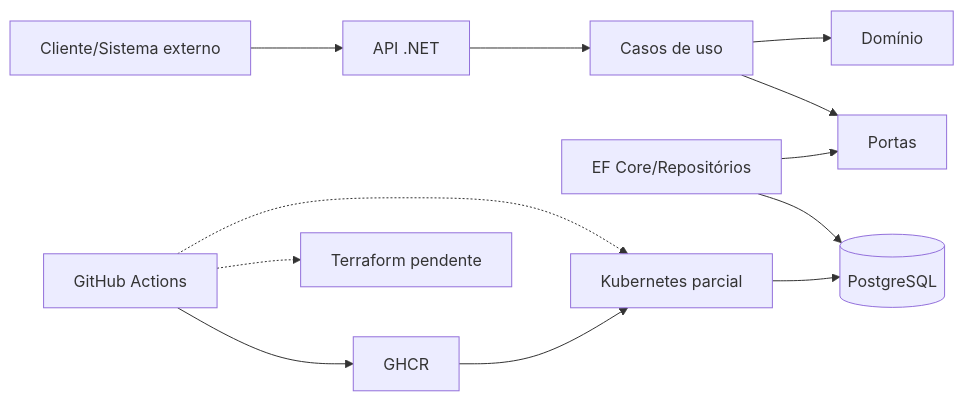
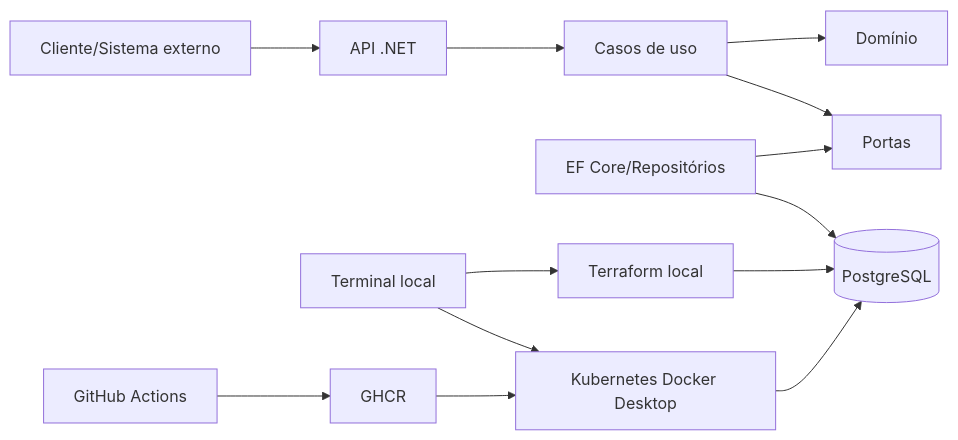
The diagram in docs/entrega-fase-2.md (louistx/fiap-tech-challenge), drawn with Mermaid before and after one commit. The commit also changed other lines of this file and 12 other files, not shown here.

````diff
--- a/docs/entrega-fase-2.md
+++ b/docs/entrega-fase-2.md
@@ -28,14 +28,15 @@
 ```mermaid
 flowchart LR
     User[Cliente/Sistema externo] --> API[API .NET]
     API --> APP[Casos de uso]
     APP --> DOMAIN[Domínio]
     APP --> PORTS[Portas]
     DBADAPTER[EF Core/Repositórios] --> PORTS
     DBADAPTER --> PG[(PostgreSQL)]
     CICD[GitHub Actions] --> REG[GHCR]
-    CICD -.-> TF[Terraform pendente]
-    CICD -.-> K8S[Kubernetes parcial]
+    DEV[Terminal local] --> TF[Terraform local]
+    DEV --> K8S[Kubernetes Docker Desktop]
+    TF --> PG
     REG --> K8S
     K8S --> PG
 ```
````
